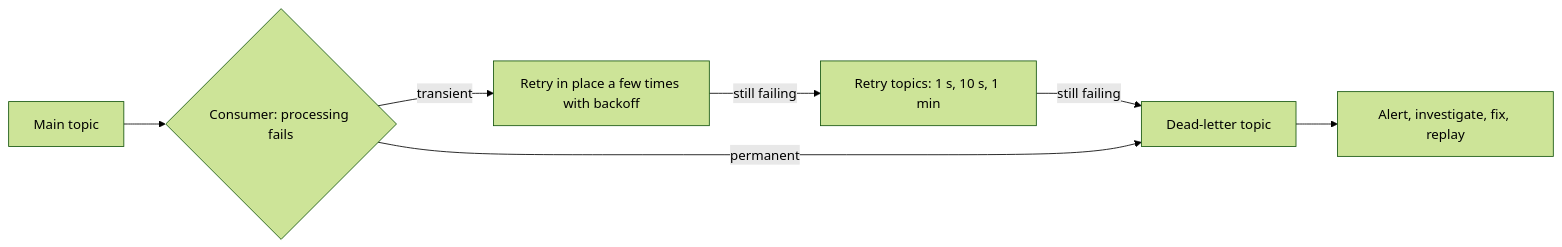
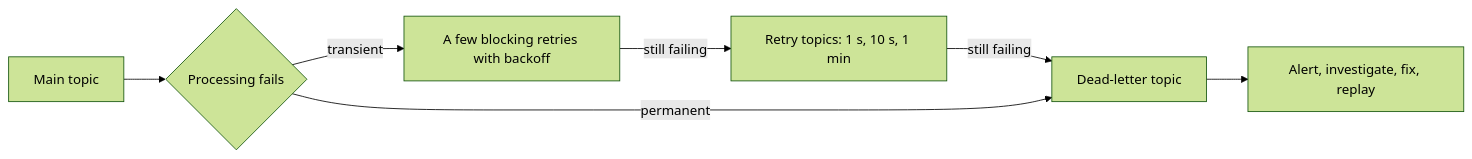
The second of 2 diagrams in notes/02-messaging/02-kafka/08-error-handling-retries-dlt.md (jubin-techwiz/learning), drawn with Mermaid (forest theme) before and after one commit. The commit also changed other lines of this file and 37 other files, not shown here.

````diff
--- a/notes/02-messaging/02-kafka/08-error-handling-retries-dlt.md
+++ b/notes/02-messaging/02-kafka/08-error-handling-retries-dlt.md
@@ -43,9 +71,9 @@
 ```mermaid
 flowchart LR
-    M[Main topic] --> C{Consumer: processing fails}
-    C -->|transient| B[Retry in place a few times with backoff]
+    M[Main topic] --> C{Processing fails}
+    C -->|transient| B[A few blocking retries with backoff]
     B -->|still failing| R[Retry topics: 1 s, 10 s, 1 min]
     R -->|still failing| D[Dead-letter topic]
     C -->|permanent| D
     D --> A[Alert, investigate, fix, replay]
 ```
````
